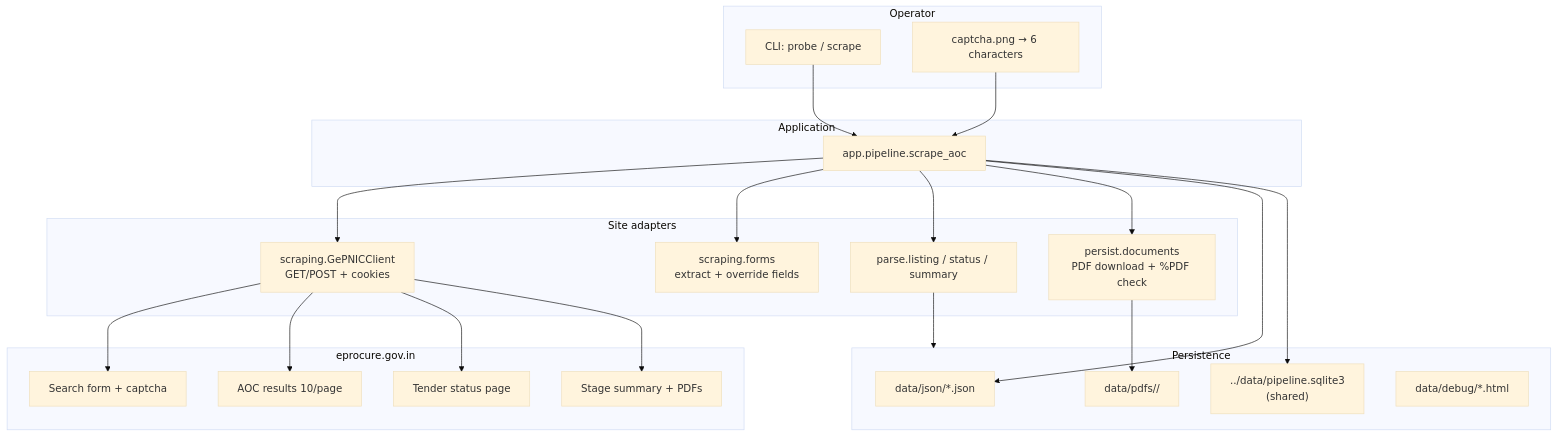
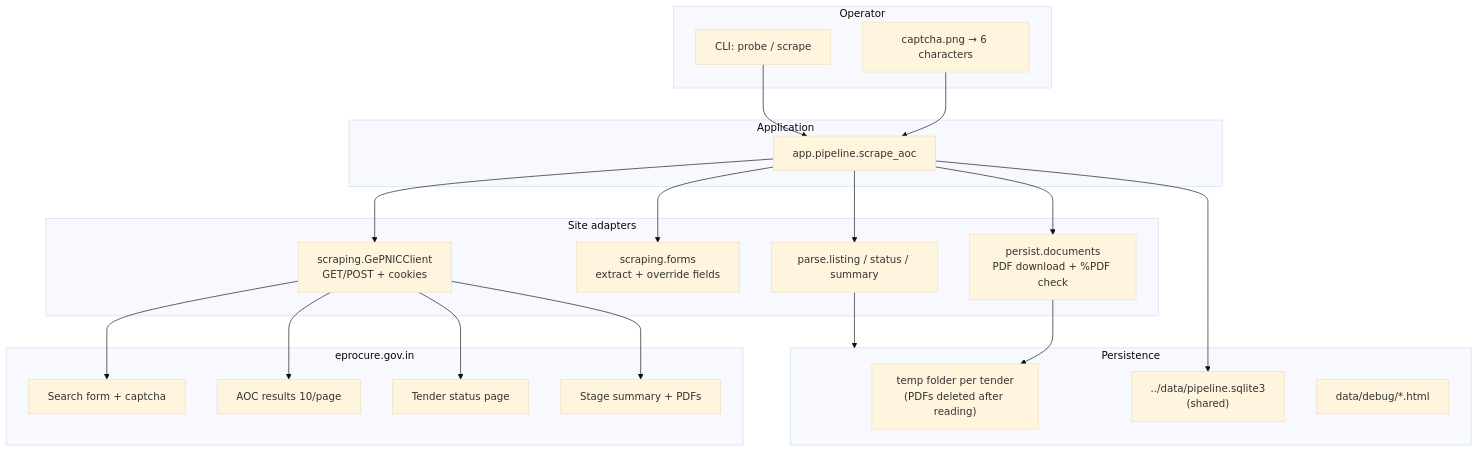
Before and after one commit to mandarpatil-cmd/tender-pipeline: the first of 2 diagrams in 01-scrape/docs/architecture.md, drawn with Mermaid (base theme). The commit also changed other lines of this file and 24 other files, not shown here.

````diff
--- a/01-scrape/docs/architecture.md
+++ b/01-scrape/docs/architecture.md
@@ -5,48 +5,47 @@
 ```mermaid
 flowchart TB
   subgraph operator [Operator]
     CLI["CLI: probe / scrape"]
     CAP["captcha.png → 6 characters"]
   end
 
   subgraph app [Application]
     PIPE["app.pipeline.scrape_aoc"]
     CLI --> PIPE
     CAP --> PIPE
   end
 
   subgraph adapters [Site adapters]
     HTTP["scraping.GePNICClient\nGET/POST + cookies"]
     FORM["scraping.forms\nextract + override fields"]
     PARSE["parse.listing / status / summary"]
     DOCS["persist.documents\nPDF download + %PDF check"]
   end
 
   subgraph portal [eprocure.gov.in]
     P0["Search form + captcha"]
     P1["AOC results 10/page"]
     P2["Tender status page"]
     P3["Stage summary + PDFs"]
   end
 
   subgraph persist [Persistence]
-    JSON["data/json/*.json"]
-    PDF["data/pdfs/<tender_id>/"]
+    PDF["temp folder per tender
+(PDFs deleted after reading)"]
     DB["../data/pipeline.sqlite3
 (shared)"]
     DBG["data/debug/*.html"]
   end
 
   PIPE --> HTTP
   PIPE --> FORM
   PIPE --> PARSE
   PIPE --> DOCS
   HTTP --> P0
   HTTP --> P1
   HTTP --> P2
   HTTP --> P3
   PARSE --> persist
   DOCS --> PDF
-  PIPE --> JSON
   PIPE --> DB
 ```
````
